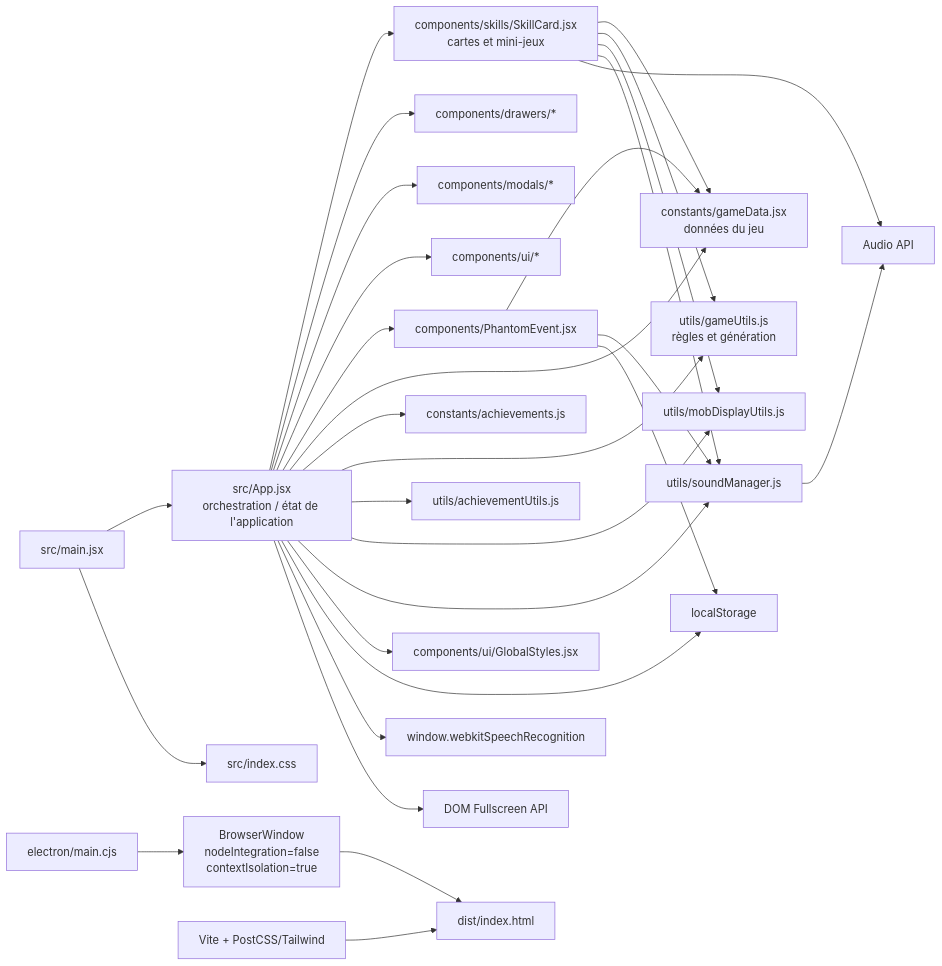
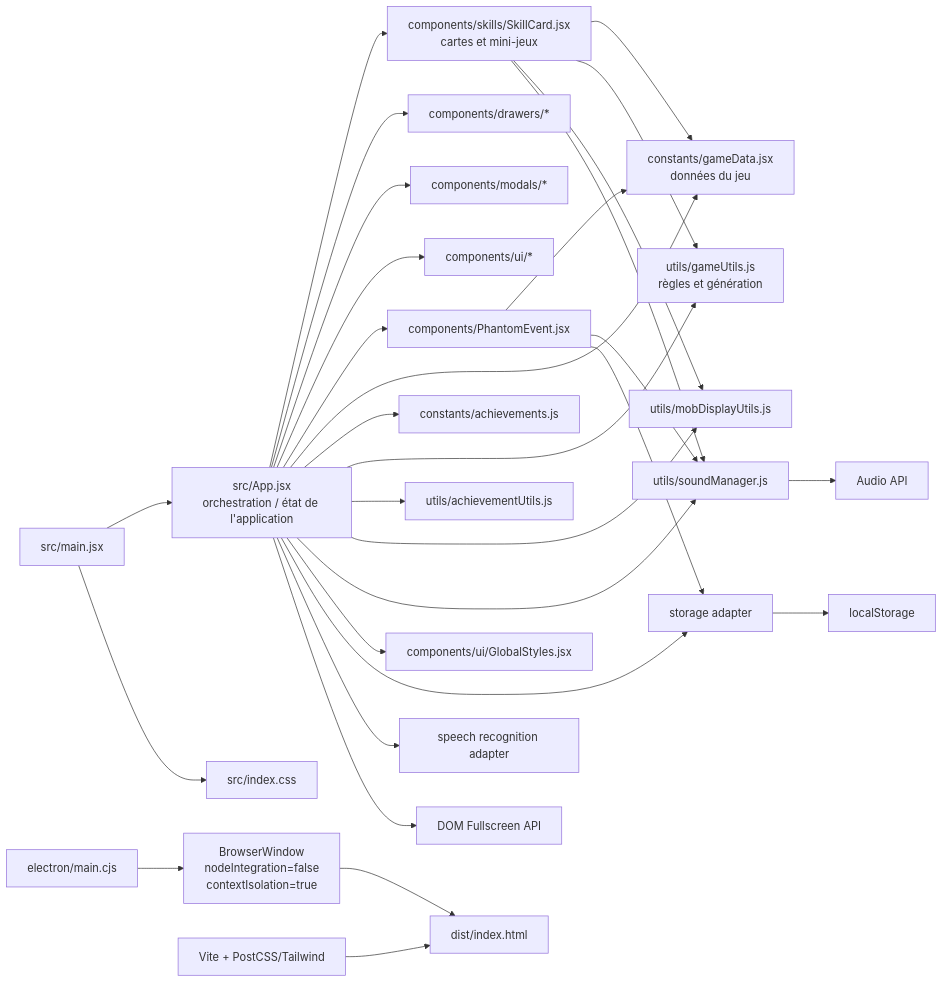
One commit to PoulpeHumide/codewash changed the diagram in docs/DEBT.md. Above: the diagram before and after it, drawn with Mermaid. The commit also changed other lines of this file and 1 other file, not shown here.

````diff
--- a/docs/DEBT.md
+++ b/docs/DEBT.md
@@ -24,32 +24,32 @@
 ```mermaid
 flowchart LR
     Entry["src/main.jsx"] --> App["src/App.jsx<br/>orchestration / état de l'application"]
     App --> Skill["components/skills/SkillCard.jsx<br/>cartes et mini-jeux"]
     App --> Drawers["components/drawers/*"]
     App --> Modals["components/modals/*"]
     App --> UI["components/ui/*"]
     App --> Phantom["components/PhantomEvent.jsx"]
     App --> Data["constants/gameData.jsx<br/>données du jeu"]
     App --> Ach["constants/achievements.js"]
     App --> GameUtils["utils/gameUtils.js<br/>règles et génération"]
     App --> AchUtils["utils/achievementUtils.js"]
     App --> MobUtils["utils/mobDisplayUtils.js"]
     App --> Sound["utils/soundManager.js"]
     Skill --> Data
     Skill --> GameUtils
     Skill --> MobUtils
     Skill --> Sound
     Phantom --> Data
     Phantom --> Sound
     Entry --> CSS["src/index.css"]
     App --> GlobalStyles["components/ui/GlobalStyles.jsx"]
-    App --> Storage["localStorage"]
-    Phantom --> Storage
-    App --> Speech["window.webkitSpeechRecognition"]
+    App --> StorageAdapter["storage adapter"]
+    Phantom --> StorageAdapter
+    StorageAdapter --> Storage["localStorage"]
+    App --> SpeechAdapter["speech recognition adapter"]
     App --> Fullscreen["DOM Fullscreen API"]
-    Skill --> Audio["Audio API"]
-    Sound --> Audio
+    Sound --> Audio["Audio API"]
     Electron["electron/main.cjs"] --> Window["BrowserWindow<br/>nodeIntegration=false<br/>contextIsolation=true"]
     Window --> Dist["dist/index.html"]
     Vite["Vite + PostCSS/Tailwind"] --> Dist
 ```
````
